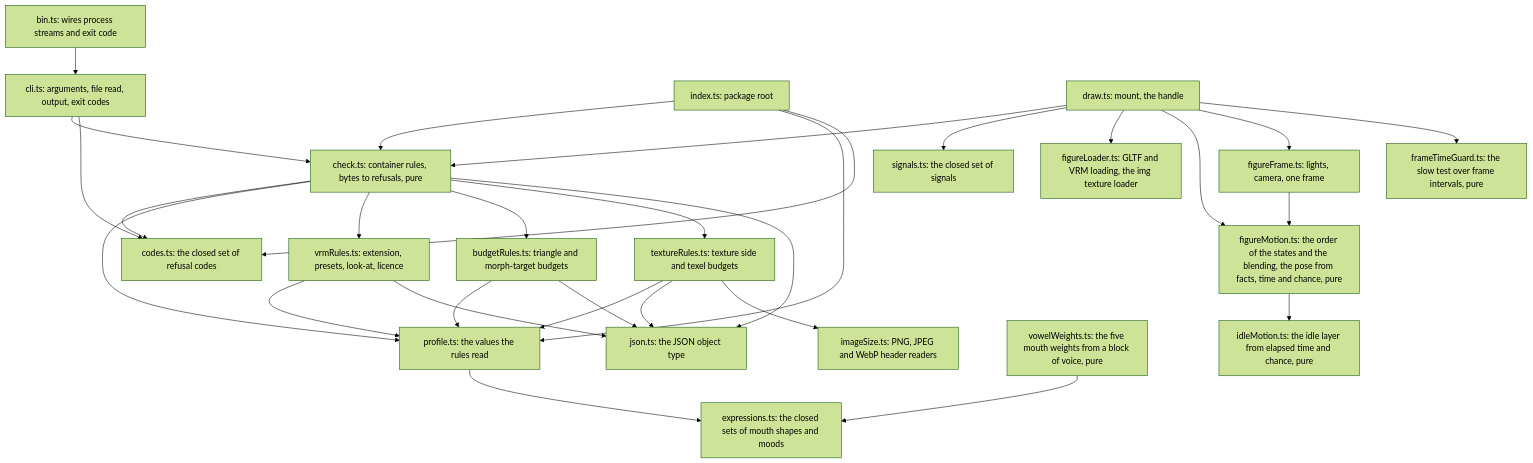
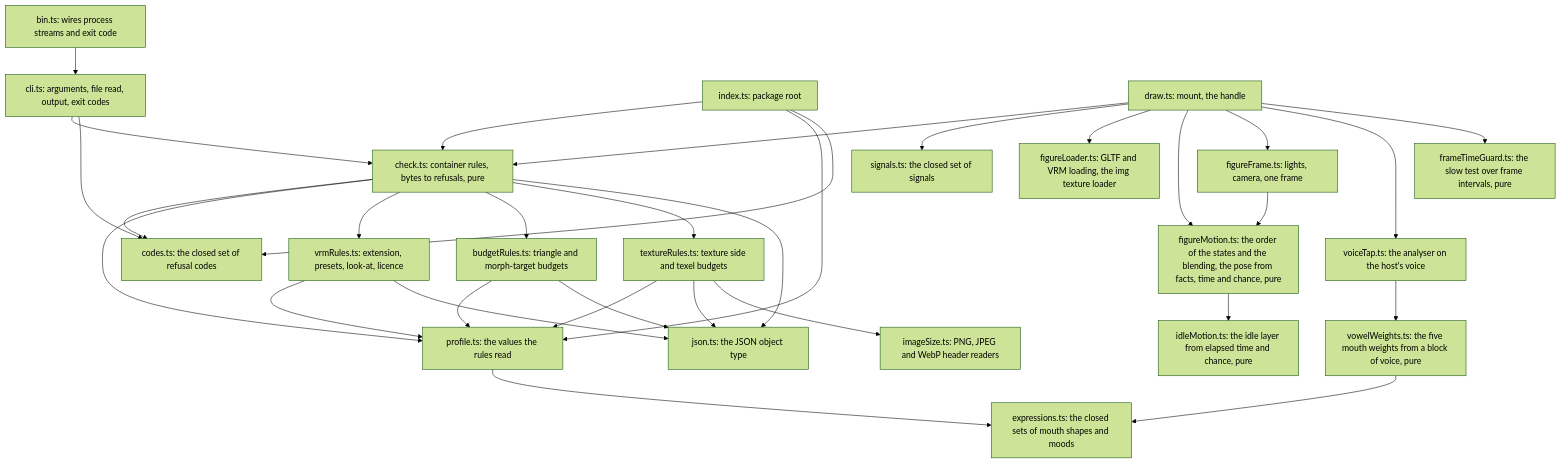
One commit to overnightworks/figure changed the second of 4 diagrams in docs/ARCHITECTURE.md. Above: the diagram before and after it, drawn with Mermaid (forest theme). The commit also changed other lines of this file and 16 other files, not shown here.

First line of the commit message:
A speaking figure moves its mouth with the agent's voice (#59)

````diff
--- a/docs/ARCHITECTURE.md
+++ b/docs/ARCHITECTURE.md
@@ -22,42 +22,44 @@
 ```mermaid
 flowchart TD
     bin["bin.ts: wires process streams and exit code"] --> cli
     cli["cli.ts: arguments, file read, output, exit codes"] --> check
     cli --> codes
     check["check.ts: container rules, bytes to refusals, pure"] --> codes
     check --> profile
     check --> vrmRules
     check --> budgetRules
     check --> textureRules
     textureRules["textureRules.ts: texture side and texel budgets"] --> profile
     textureRules --> json
     textureRules --> imageSize
     imageSize["imageSize.ts: PNG, JPEG and WebP header readers"]
     vrmRules["vrmRules.ts: extension, presets, look-at, licence"] --> profile
     budgetRules["budgetRules.ts: triangle and morph-target budgets"] --> profile
     vrmRules --> json
     budgetRules --> json
     check --> json
     json["json.ts: the JSON object type"]
     profile["profile.ts: the values the rules read"] --> expressions
     expressions["expressions.ts: the closed sets of mouth shapes and moods"]
     vowelWeights["vowelWeights.ts: the five mouth weights from a block of voice, pure"] --> expressions
     codes["codes.ts: the closed set of refusal codes"]
     index["index.ts: package root"] --> check
     index --> profile
     index --> codes
     draw["draw.ts: mount, the handle"] --> check
     draw --> signals
     draw --> figureLoader
     draw --> figureMotion
     draw --> figureFrame
+    draw --> voiceTap
+    voiceTap["voiceTap.ts: the analyser on the host's voice"] --> vowelWeights
     draw --> frameTimeGuard
     figureLoader["figureLoader.ts: GLTF and VRM loading, the img texture loader"]
     figureMotion["figureMotion.ts: the order of the states and the blending, the pose from facts, time and chance, pure"]
     figureMotion --> idleMotion
     idleMotion["idleMotion.ts: the idle layer from elapsed time and chance, pure"]
     figureFrame["figureFrame.ts: lights, camera, one frame"]
     figureFrame --> figureMotion
     signals["signals.ts: the closed set of signals"]
     frameTimeGuard["frameTimeGuard.ts: the slow test over frame intervals, pure"]
 ```
````
